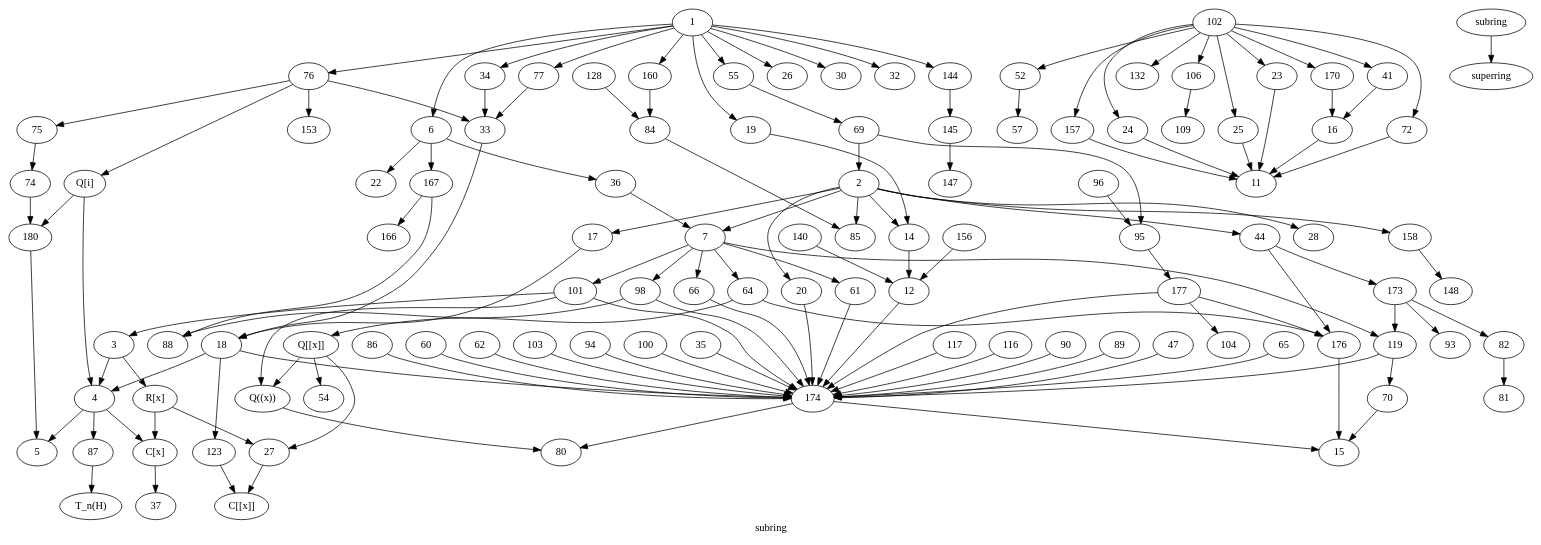
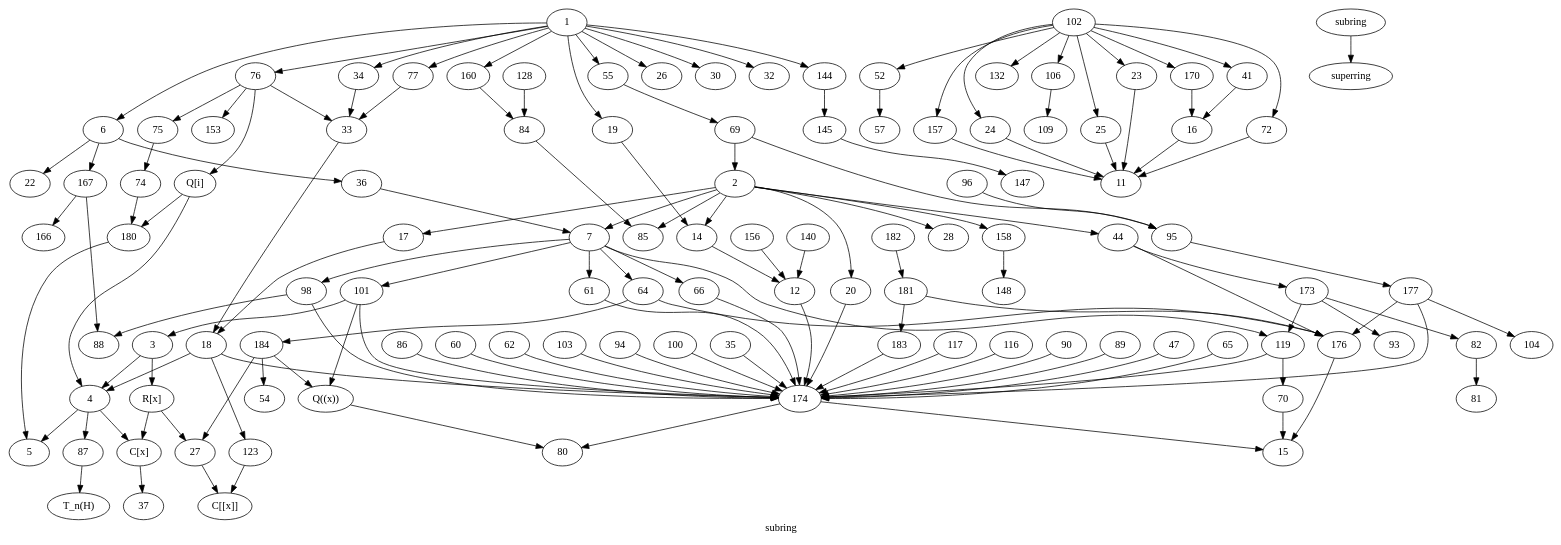
The diagram in map_dotfiles/subring.dot (rschwiebert/dart_data), drawn with Graphviz before and after one commit. The commit also changed 11 other files, not shown here.

```diff
--- a/map_dotfiles/subring.dot
+++ b/map_dotfiles/subring.dot
@@ -37,7 +37,7 @@
   170; // Basic ring of nakayama's QF ring
   180; // placeholder for rational quaternions
   "Q[i]";
-  "Q[[x]]";
+  184; // "Q[[X]]"
   "Q((x))";
   176; //infinite upper triangular rational matrices
   174; //row-and-column finite infinite rational matrices
@@ -151,6 +151,13 @@
   95 -> 177;
   74 ->180;
   180 -> 5;
+  181 -> 183;
+  181 -> 176;
+  183 -> 174;
+  182 -> 181;
+  64 -> 184;
+  184 -> 27;
+  184 -> 54;//specialize 54 to Q
 
 
   // Proposed
@@ -189,24 +196,21 @@
 
   "Q[i]" -> 180;
   76 -> "Q[i]";
-  180; // placeholder for rational quaternions
+  180; // rational quaternions
   "Q[i]" -> 4;
   "Q((x))" -> 80;
-  64 -> "Q[[x]]"; // Right?
-//   7 -> "Q[[x]]";
-  "Q[[x]]" -> "Q((x))";
+//   7 -> 184;
+  184 -> "Q((x))";
 //   2 -> 70;  // 70 looks suspiciously like it might contain Q((x)) as in O'meara's description
   101 -> "Q((x))";
   123 -> "C[[x]]";
   27 -> "C[[x]]";
-  "Q[[x]]" -> 27;
   // Specialize 10 to Z/(4) and then make it a subring of 29?
   4 -> "C[x]" -> 37;
   "R[x]" -> "C[x]";
   "R[x]" -> 27;
   3 -> "R[x]";
 
-  "Q[[x]]" -> 54;//specialize 54 to Q
 
 
   87 -> "T_n(H)";
```
